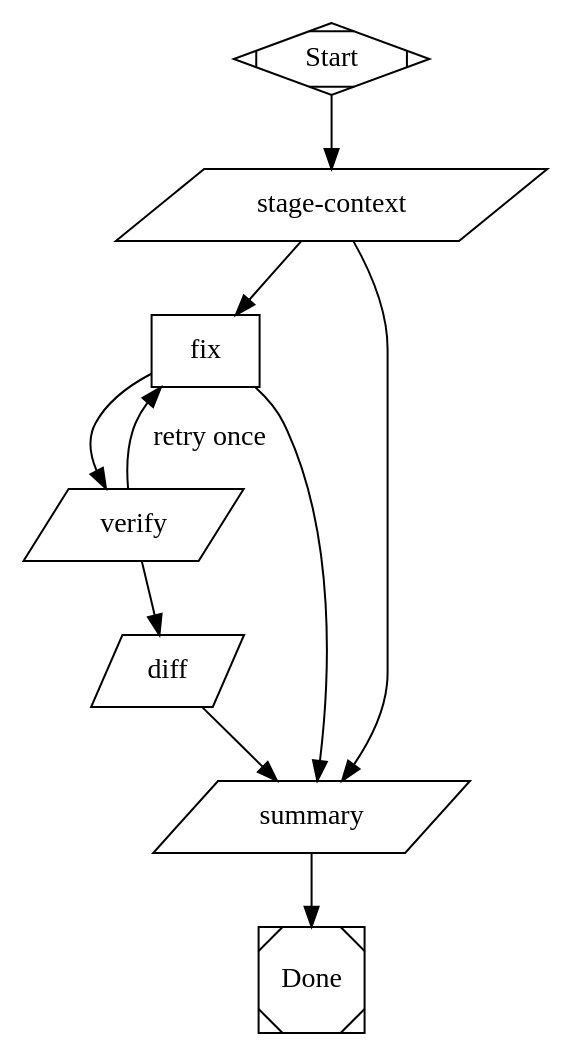
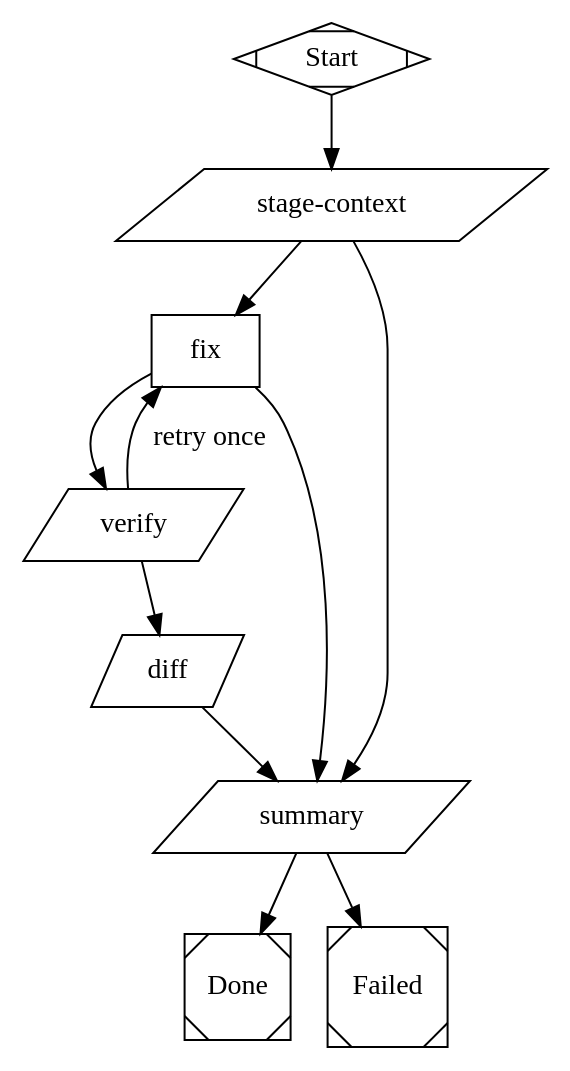
Before and after one commit to mattleaverton/kilroy: the diagram in workflows/fix/graph.dot, drawn with Graphviz. The commit also changed 10 other files, not shown here.

```diff
--- a/workflows/fix/graph.dot
+++ b/workflows/fix/graph.dot
@@ -1,39 +1,45 @@
 digraph fix {
     graph [
         inputs="issue",
         outputs="result.md,fix.patch",
         model_stylesheet="
             * { llm_provider: anthropic; llm_model: claude-sonnet-4.6; }
         "
     ]
 
     start         [shape=Mdiamond, label="Start"]
     stage_context [shape=parallelogram, label="stage-context",
                    tool_command="bash .kilroy/package/scripts/stage-context.sh"]
     agent         [shape=box, label="fix", agent_tool="claude", agent_class="hard_coding",
                    prompt="You are working in a kilroy worktree on a bug fix. Code changes are auto-committed at node end. Do not run git commit yourself. Your task is in .kilroy/INPUT.md under the ## issue section. If a ## context_files section is present, those paths point at files the user wants you to read for context. If a ## scope_directive section is present, treat it as a hard guardrail: do not touch files outside the named scope. Do NOT run go test ./... — too noisy; use go test <package> -run <pattern> for targeted verification. Time-cap your work: if a single approach is not converging within ~15 minutes, write what you have to result.md with a BLOCKED: prefix and stop. Output: write result.md at the workspace root. Required sections: Summary (1-2 sentences), Root cause, Files touched, Diff outline, Tests added, Verification (how you confirmed the fix works), Open questions. When finished, write {\"status\":\"success\"} to $KILROY_STAGE_STATUS_PATH or $KILROY_STAGE_STATUS_FALLBACK_PATH if that fails.",
                    outputs="result.md"]
     verify        [shape=parallelogram, label="verify",
                    tool_command="bash .kilroy/package/scripts/verify.sh"]
     diff          [shape=parallelogram, label="diff",
                    tool_command="bash .kilroy/package/scripts/diff.sh"]
     summary       [shape=parallelogram, label="summary",
-                   tool_command="bash .kilroy/package/scripts/summary.sh"]
+                   tool_command="bash .kilroy/package/scripts/summary.sh",
+                   max_retries="0"]
     done          [shape=Msquare, label="Done"]
+    failed        [shape=Msquare, terminal_status="fail", label="Failed",
+                   failure_reason="agent_did_not_write_result"]
 
     // Failure paths route through `summary` so the run captures what
-    // happened in result.md before terminating. summary always succeeds.
-    // diff runs on success; it captures the worktree diff for fix.patch
+    // happened in result.md before terminating. summary fails (exit 1,
+    // status=fail) when it had to synthesize a BLOCKED stub; the
+    // failed terminal then records FinalFail at the run level. diff
+    // runs on success; it captures the worktree diff for fix.patch
     // and is permitted to be empty (agent declined to change anything).
     start         -> stage_context
     stage_context -> agent          [condition="outcome=success"]
     stage_context -> summary        [condition="outcome!=success"]
     agent         -> verify         [condition="outcome=success"]
     agent         -> summary        [condition="outcome!=success"]
     verify        -> diff           [condition="outcome=success"]
     verify        -> agent          [condition="outcome!=success", label="retry once"]
     // diff always succeeds (it captures whatever's there, possibly empty),
     // so route unconditionally to summary.
     diff          -> summary
     summary       -> done            [condition="outcome=success"]
+    summary       -> failed          [condition="outcome!=success"]
 }
```
